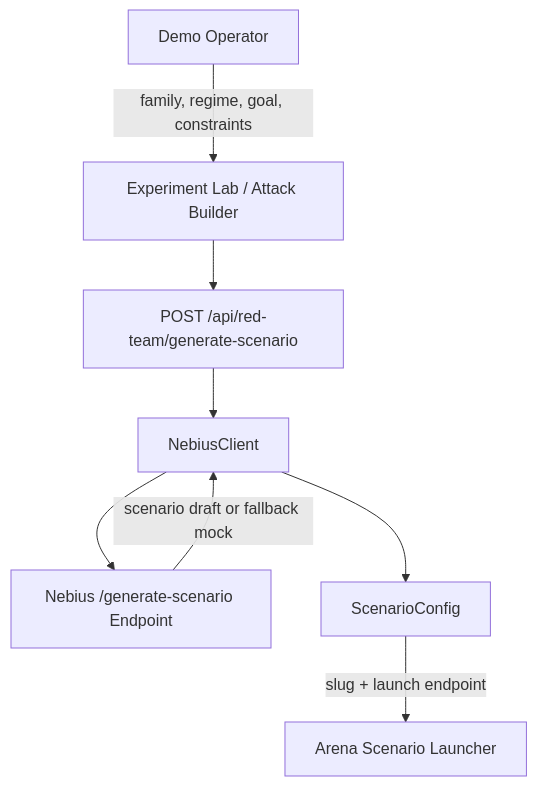
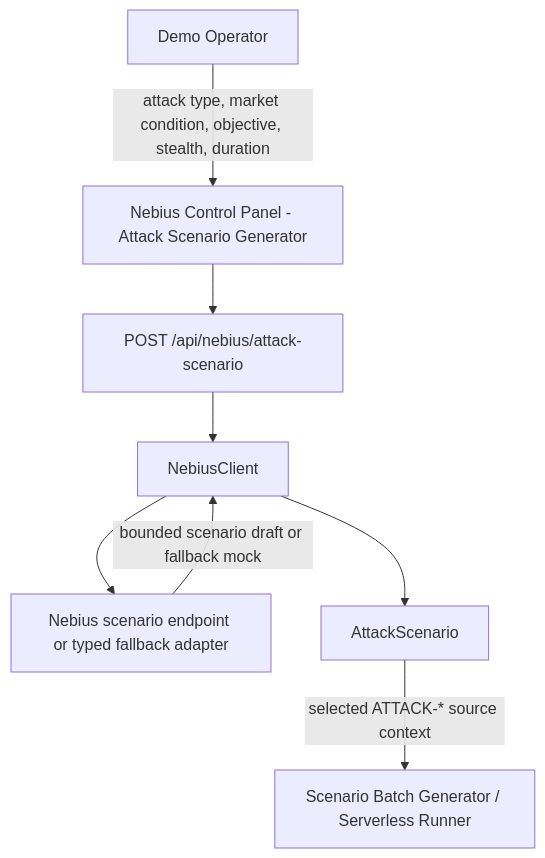
One commit to khab40/aimada changed the sixth of 10 diagrams in docs/USE_CASES.md. Above: the diagram before and after it, drawn with Mermaid. The commit also changed other lines of this file and 32 other files, not shown here.

````diff
--- a/docs/USE_CASES.md
+++ b/docs/USE_CASES.md
@@ -222,18 +222,18 @@
 ```mermaid
 graph TD
     Operator["Demo Operator"]
-    Lab["Experiment Lab / Attack Builder"]
-    Backend["POST /api/red-team/generate-scenario"]
+    Control["Nebius Control Panel - Attack Scenario Generator"]
+    Backend["POST /api/nebius/attack-scenario"]
     NebiusClient["NebiusClient"]
-    Endpoint["Nebius /generate-scenario Endpoint"]
-    Config["ScenarioConfig"]
-    Launcher["Arena Scenario Launcher"]
+    Endpoint["Nebius scenario endpoint or typed fallback adapter"]
+    Config["AttackScenario"]
+    Batch["Scenario Batch Generator / Serverless Runner"]
 
-    Operator -->|"family, regime, goal, constraints"| Lab
-    Lab --> Backend
+    Operator -->|"attack type, market condition, objective, stealth, duration"| Control
+    Control --> Backend
     Backend --> NebiusClient
     NebiusClient --> Endpoint
-    Endpoint -->|"scenario draft or fallback mock"| NebiusClient
+    Endpoint -->|"bounded scenario draft or fallback mock"| NebiusClient
     NebiusClient --> Config
-    Config -->|"slug + launch endpoint"| Launcher
+    Config -->|"selected ATTACK-* source context"| Batch
 ```
````
